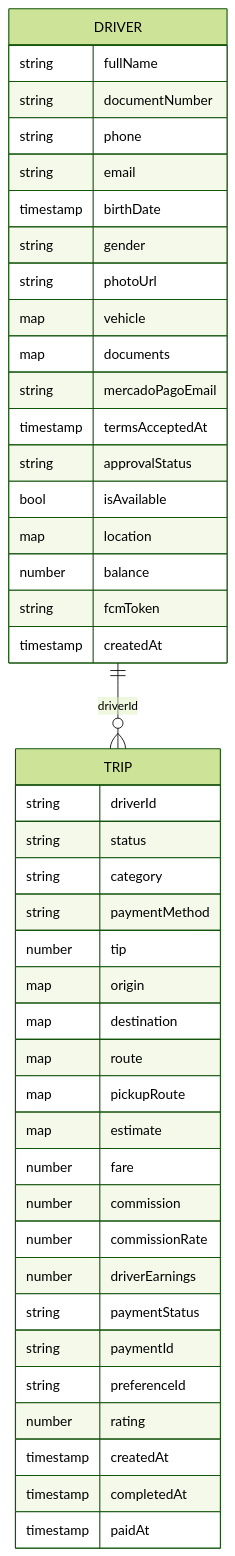
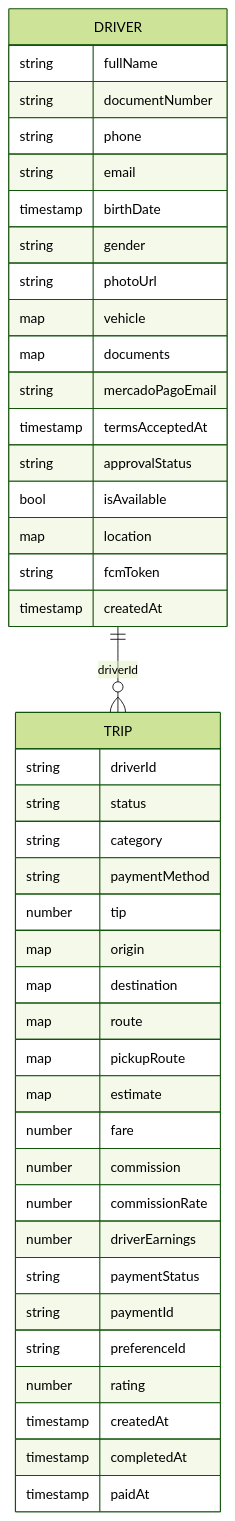
Before and after one commit to Etrejos97/uberclone-conductor: the third of 6 diagrams in docs/Diseno.md, drawn with Mermaid (forest theme). The commit also changed other lines of this file and 25 other files, not shown here.

````diff
--- a/docs/Diseno.md
+++ b/docs/Diseno.md
@@ -180,46 +187,45 @@
 ```mermaid
 erDiagram
     DRIVER ||--o{ TRIP : "driverId"
     DRIVER {
         string fullName
         string documentNumber
         string phone
         string email
         timestamp birthDate
         string gender
         string photoUrl
         map vehicle
         map documents
         string mercadoPagoEmail
         timestamp termsAcceptedAt
         string approvalStatus
         bool isAvailable
         map location
-        number balance
         string fcmToken
         timestamp createdAt
     }
     TRIP {
         string driverId
         string status
         string category
         string paymentMethod
         number tip
         map origin
         map destination
         map route
         map pickupRoute
         map estimate
         number fare
         number commission
         number commissionRate
         number driverEarnings
         string paymentStatus
         string paymentId
         string preferenceId
         number rating
         timestamp createdAt
         timestamp completedAt
         timestamp paidAt
     }
 ```
````
